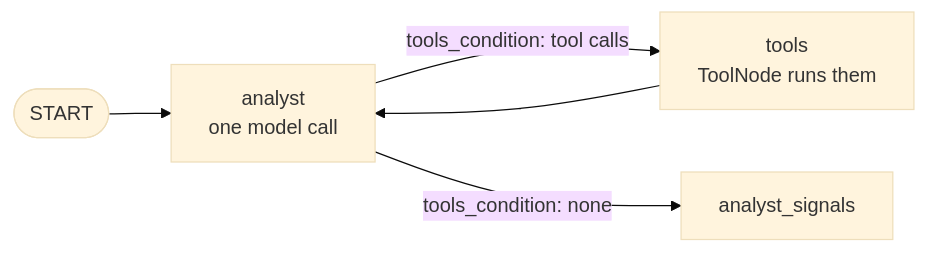
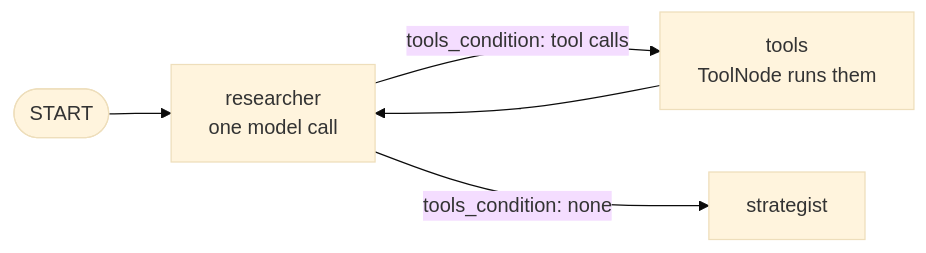
The diagram in content/LangGraph/The agent loop in LangGraph.md (jacopomanenti01/hackathon-notes), drawn with Mermaid (base theme) before and after one commit. The commit also changed other lines of this file and 15 other files, not shown here.

````diff
--- a/content/LangGraph/The agent loop in LangGraph.md
+++ b/content/LangGraph/The agent loop in LangGraph.md
@@ -40,7 +48,7 @@
 ```mermaid
 flowchart LR
-    S([START]) --> A["analyst<br/>one model call"]
-    A -->|tools_condition: tool calls| T["tools<br/>ToolNode runs them"]
-    T --> A
-    A -->|tools_condition: none| N["analyst_signals"]
+    S([START]) --> R["researcher<br/>one model call"]
+    R -->|tools_condition: tool calls| T["tools<br/>ToolNode runs them"]
+    T --> R
+    R -->|tools_condition: none| N["strategist"]
 ```
````
